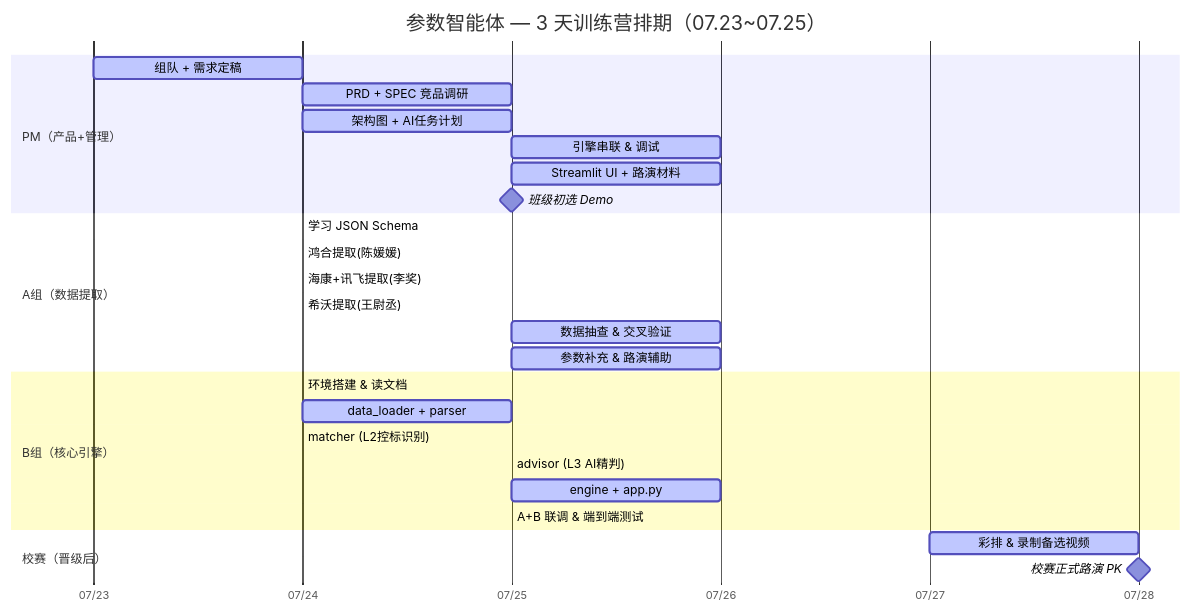
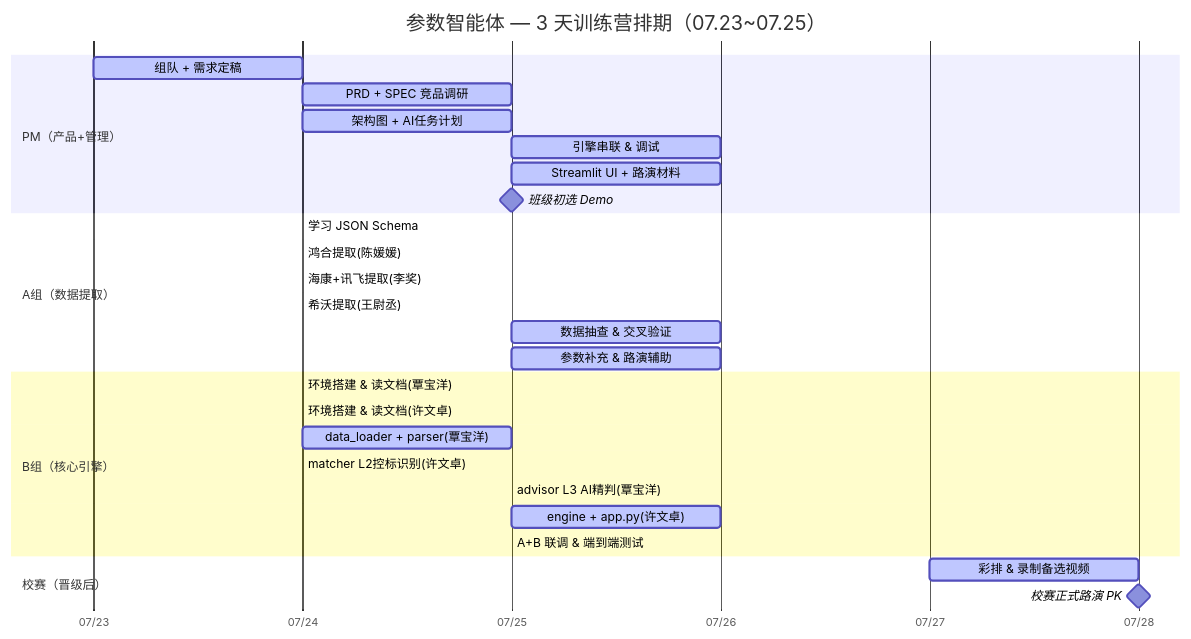
One commit to Zhangziqiang997/ifly-agent changed the diagram in docs/01-team-schedule.md. Above: the diagram before and after it, drawn with Mermaid. The commit also changed other lines of this file and 3 other files, not shown here.

First line of the commit message:
docs: rewrite 04 architecture — business-language 3-layer diagram + MinerU parse step

````diff
--- a/docs/01-team-schedule.md
+++ b/docs/01-team-schedule.md
@@ -24,35 +24,36 @@
 ```mermaid
 gantt
     title 参数智能体 — 3 天训练营排期（07.23~07.25）
     dateFormat  MM-DD
     axisFormat  %m/%d
     tickInterval 1day
 
     section PM（产品+管理）
     组队 + 需求定稿        :active,  pm0, 07-23, 1d
     PRD + SPEC 竞品调研    :active,  pm1, 07-24, 1d
     架构图 + AI任务计划     :active,  pm2, 07-24, 1d
     引擎串联 & 调试         :active,  pm3, 07-25, 0.5d
     Streamlit UI + 路演材料 :active,  pm4, 07-25, 0.5d
     班级初选 Demo          :milestone, pm_m, 07-25, 0d
 
     section A组（数据提取）
     学习 JSON Schema       :active,  a0, 07-24, 0.25d
     鸿合提取(陈媛媛)       :active,  a1, 07-24, 0.25d
     海康+讯飞提取(李奖)    :active,  a2, 07-24, 0.25d
     希沃提取(王尉丞)       :active,  a3, 07-24, 0.25d
     数据抽查 & 交叉验证     :active,  a4, 07-25, 0.5d
     参数补充 & 路演辅助     :active,  a5, 07-25, 0.5d
 
     section B组（核心引擎）
-    环境搭建 & 读文档       :active,  b0, 07-24, 0.25d
-    data_loader + parser    :active,  b1, 07-24, 0.5d
-    matcher (L2控标识别)    :active,  b2, 07-24, 0.25d
-    advisor (L3 AI精判)     :active,  b3, 07-25, 0.25d
-    engine + app.py         :active,  b4, 07-25, 0.5d
-    A+B 联调 & 端到端测试   :active,  b5, 07-25, 0.25d
+    环境搭建 & 读文档(覃宝洋)  :active,  b0, 07-24, 0.25d
+    环境搭建 & 读文档(许文卓)  :active,  b0x, 07-24, 0.25d
+    data_loader + parser(覃宝洋):active,  b1, 07-24, 0.5d
+    matcher L2控标识别(许文卓)  :active,  b2, 07-24, 0.25d
+    advisor L3 AI精判(覃宝洋)   :active,  b3, 07-25, 0.25d
+    engine + app.py(许文卓)     :active,  b4, 07-25, 0.5d
+    A+B 联调 & 端到端测试       :active,  b5, 07-25, 0.25d
 
     section 校赛（晋级后）
     彩排 & 录制备选视频      :active,  s1, 07-27, 1d
     校赛正式路演 PK         :milestone, s_m, 07-28, 0d
 ```
````
